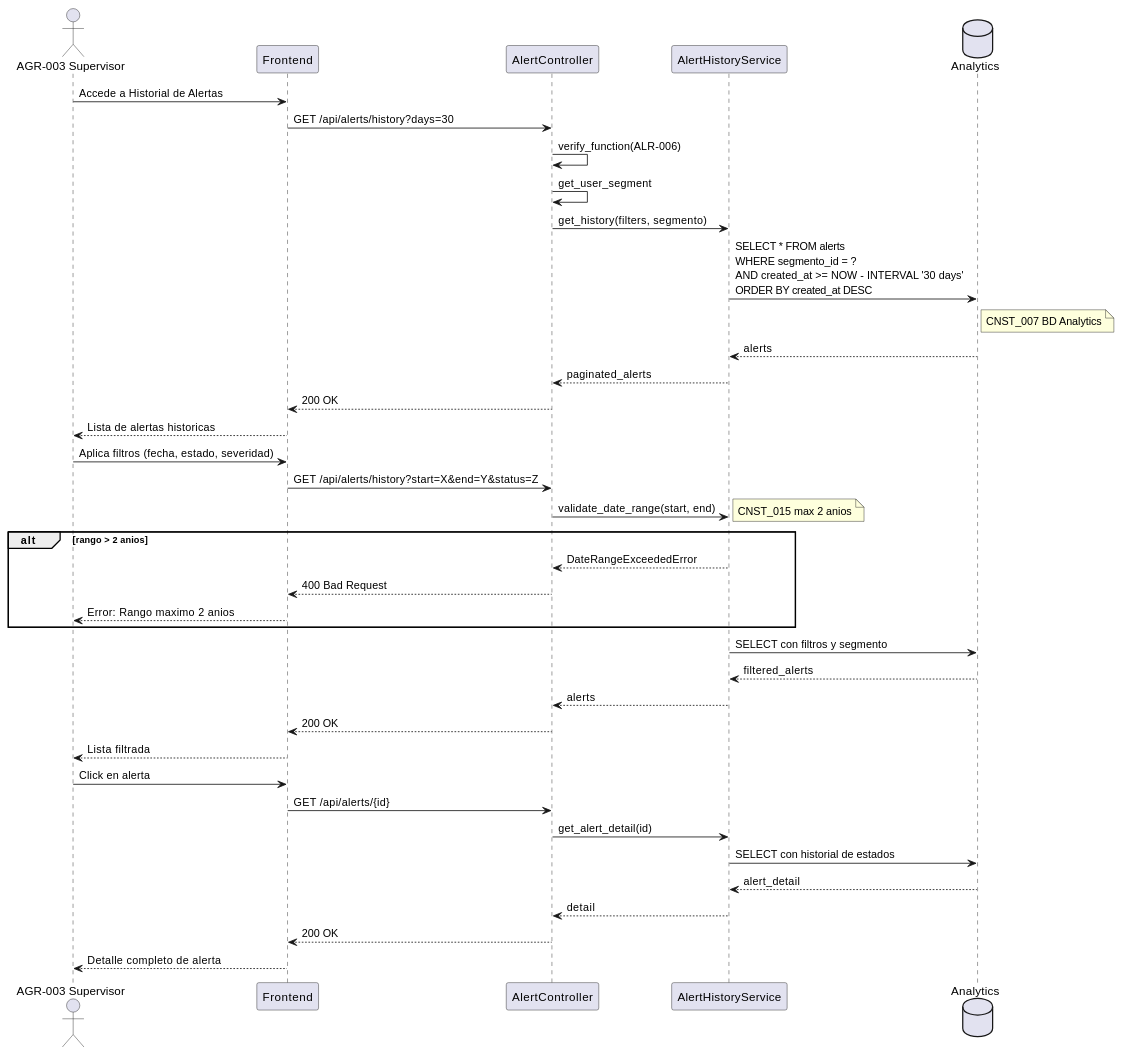
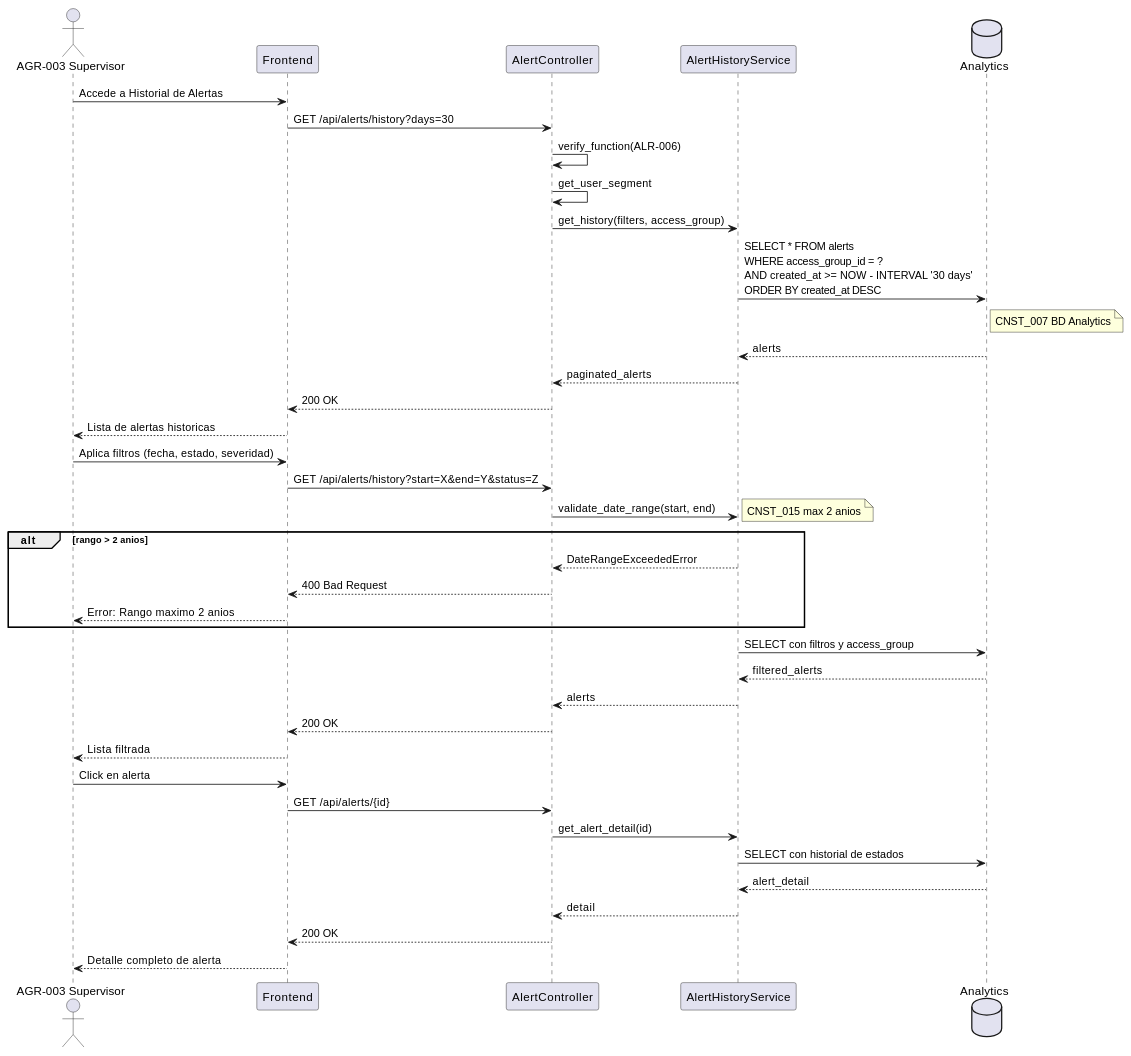
Before and after one commit to jcg-admin/IACT-docs: the second of 3 diagrams in source/requisitos/casos-uso/alerts/uc-alr-04-ver-historial-alertas.rst, drawn with PlantUML. The commit also changed other lines of this file and 4 other files, not shown here.

```diff
--- a/source/requisitos/casos-uso/alerts/uc-alr-04-ver-historial-alertas.rst
+++ b/source/requisitos/casos-uso/alerts/uc-alr-04-ver-historial-alertas.rst
@@ -156,50 +156,50 @@
 .. uml::
  :caption: Diagrama de Secuencia - UC_ALR_04
 
  @startuml
  actor "AGR-003 Supervisor" as S
  participant "Frontend" as FE
  participant "AlertController" as AC
  participant "AlertHistoryService" as AHS
  database "Analytics" as DB
 
  S -> FE: Accede a Historial de Alertas
  FE -> AC: GET /api/alerts/history?days=30
  AC -> AC: verify_function(ALR-006)
  AC -> AC: get_user_segment
 
- AC -> AHS: get_history(filters, segmento)
- AHS -> DB: SELECT * FROM alerts\nWHERE segmento_id = ?\nAND created_at >= NOW - INTERVAL '30 days'\nORDER BY created_at DESC
+ AC -> AHS: get_history(filters, access_group)
+ AHS -> DB: SELECT * FROM alerts\nWHERE access_group_id = ?\nAND created_at >= NOW - INTERVAL '30 days'\nORDER BY created_at DESC
  note right of DB: CNST_007 BD Analytics
  DB --> AHS: alerts
  AHS --> AC: paginated_alerts
  AC --> FE: 200 OK
  FE --> S: Lista de alertas historicas
 
  S -> FE: Aplica filtros (fecha, estado, severidad)
  FE -> AC: GET /api/alerts/history?start=X&end=Y&status=Z
 
  AC -> AHS: validate_date_range(start, end)
  note right: CNST_015 max 2 anios
 
  alt rango > 2 anios
  AHS --> AC: DateRangeExceededError
  AC --> FE: 400 Bad Request
  FE --> S: Error: Rango maximo 2 anios
  end
 
- AHS -> DB: SELECT con filtros y segmento
+ AHS -> DB: SELECT con filtros y access_group
  DB --> AHS: filtered_alerts
  AHS --> AC: alerts
  AC --> FE: 200 OK
  FE --> S: Lista filtrada
 
  S -> FE: Click en alerta
  FE -> AC: GET /api/alerts/{id}
  AC -> AHS: get_alert_detail(id)
  AHS -> DB: SELECT con historial de estados
  DB --> AHS: alert_detail
  AHS --> AC: detail
  AC --> FE: 200 OK
  FE --> S: Detalle completo de alerta
  @enduml
```
